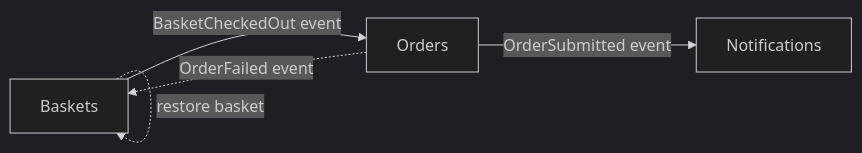
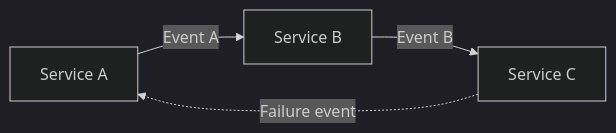
The third of 5 diagrams in docs/notes/09-saga-pattern-with-compensation.md (rahomi/Demo-MicroServices), drawn with Mermaid (dark theme) before and after one commit. The commit also changed other lines of this file and 8 other files, not shown here.

````diff
--- a/docs/notes/09-saga-pattern-with-compensation.md
+++ b/docs/notes/09-saga-pattern-with-compensation.md
@@ -150,7 +150,6 @@
 ```mermaid
 flowchart LR
-    Baskets["Baskets"] -->|"BasketCheckedOut event"| Orders["Orders"]
-    Orders -->|"OrderSubmitted event"| Notifications["Notifications"]
-    Orders -.->|"OrderFailed event"| Baskets
-    Baskets -.->|"restore basket"| Baskets
+    A["Service A"] -->|"Event A"| B["Service B"]
+    B -->|"Event B"| C["Service C"]
+    C -.->|"Failure event"| A
 ```
````
